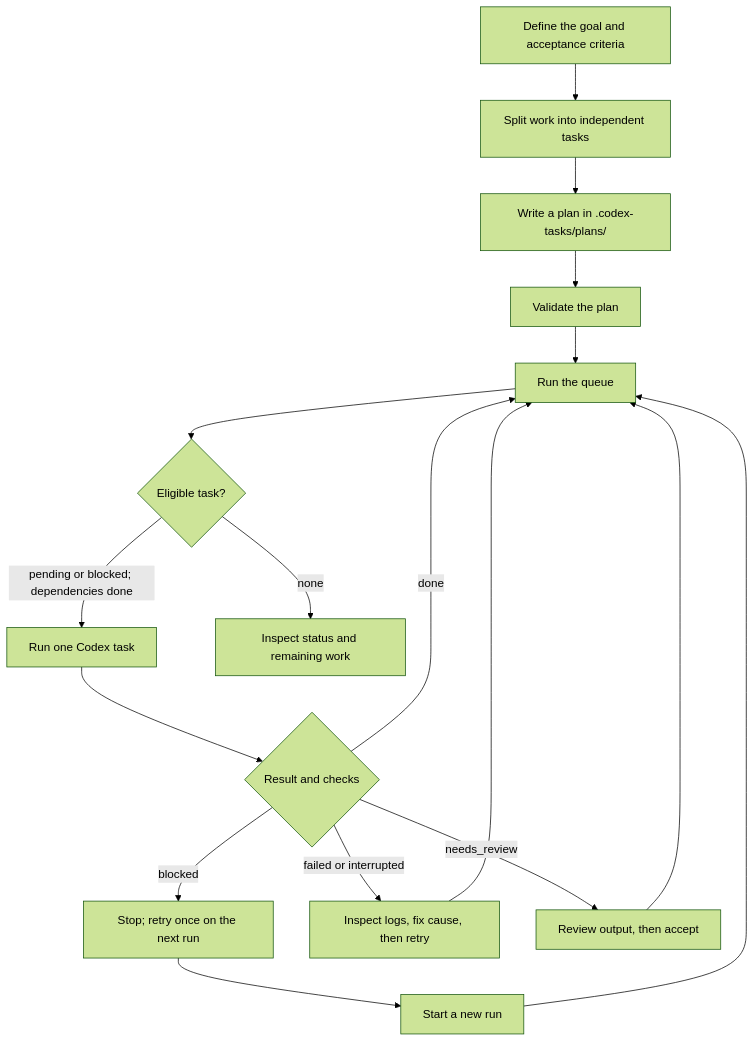
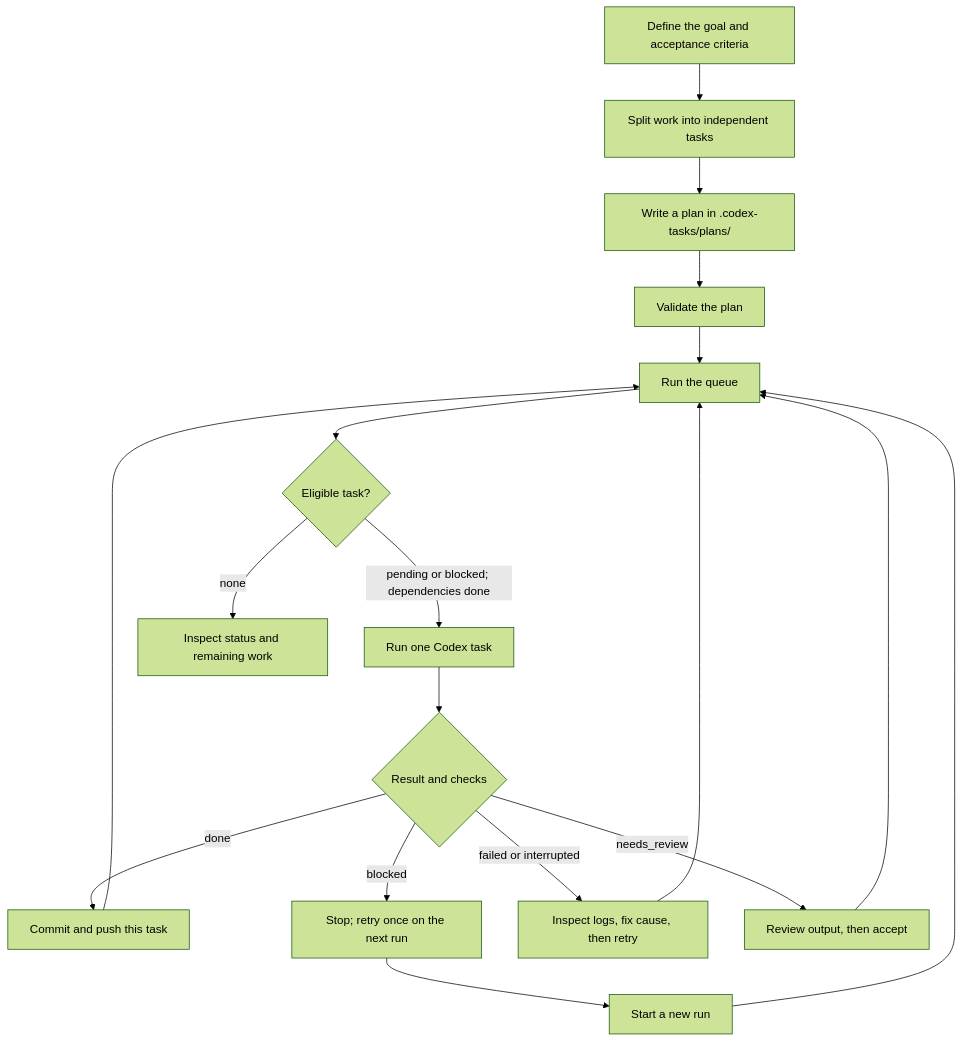
The first of 2 diagrams in README.md (bingghost/autorun_codex), drawn with Mermaid (forest theme) before and after one commit. The commit also changed other lines of this file and 18 other files, not shown here.

````diff
--- a/README.md
+++ b/README.md
@@ -30,19 +30,20 @@
 ```mermaid
 flowchart TD
     A["Define the goal and acceptance criteria"] --> B["Split work into independent tasks"]
     B --> C["Write a plan in .codex-tasks/plans/"]
     C --> D["Validate the plan"]
     D --> E["Run the queue"]
     E --> F{"Eligible task?"}
     F -- "pending or blocked; dependencies done" --> G["Run one Codex task"]
     F -- "none" --> H["Inspect status and remaining work"]
     G --> I{"Result and checks"}
-    I -- "done" --> E
+    I -- "done" --> M["Commit and push this task"]
+    M --> E
     I -- "blocked" --> J["Stop; retry once on the next run"]
     I -- "failed or interrupted" --> K["Inspect logs, fix cause, then retry"]
     I -- "needs_review" --> L["Review output, then accept"]
     J --> N["Start a new run"]
     N --> E
     K --> E
     L --> E
 ```
````
